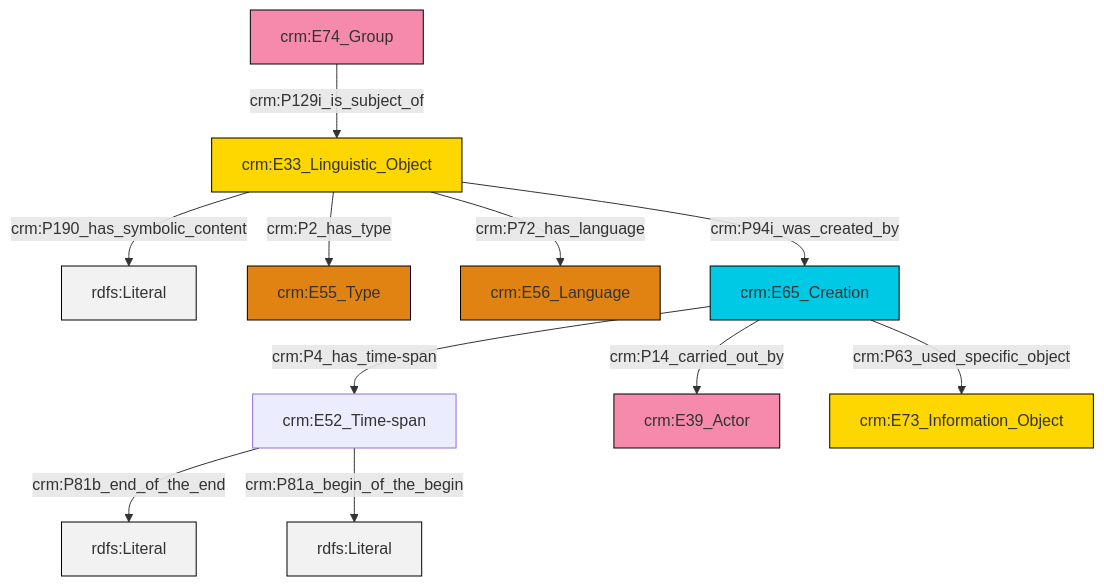
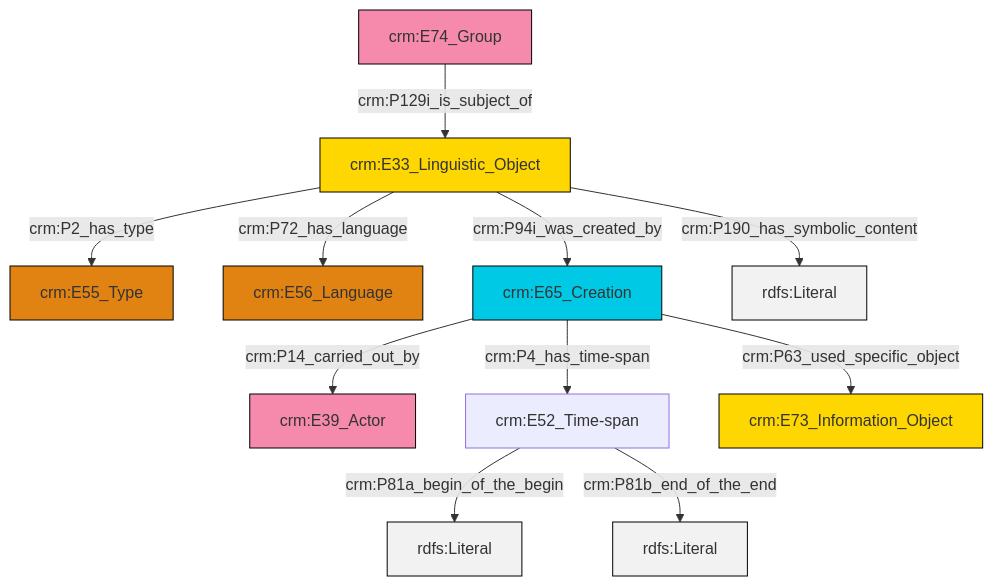
Before and after one commit to swiss-art-research-net/docs.swissartresearch: the diagram in et/groupCSV/ttl/mmd/group_description.ttl.mmd, drawn with Mermaid. The commit also changed 204 other files, not shown here.

```diff
--- a/et/groupCSV/ttl/mmd/group_description.ttl.mmd
+++ b/et/groupCSV/ttl/mmd/group_description.ttl.mmd
@@ -1,25 +1,25 @@
 graph TD
 classDef Literal fill:#f2f2f2,stroke:#000000;
 classDef CRM_Entity fill:#FFFFFF,stroke:#000000;
 classDef Temporal_Entity fill:#00C9E6, stroke:#000000;
 classDef Type fill:#E18312, stroke:#000000;
 classDef Time-Span fill:#2C9C91, stroke:#000000;
 classDef Appellation fill:#FFEB7F, stroke:#000000;
 classDef Place fill:#008836, stroke:#000000;
 classDef Persistent_Item fill:#B266B2, stroke:#000000;
 classDef Conceptual_Object fill:#FFD700, stroke:#000000;
 classDef Physical_Thing fill:#D2B48C, stroke:#000000;
 classDef Actor fill:#f58aad, stroke:#000000;
 classDef PC_Classes fill:#4ce600, stroke:#000000;
 classDef Multi fill:#cccccc,stroke:#000000;
 
-0["crm:E33_Linguistic_Object"]:::Conceptual_Object -->|crm:P190_has_symbolic_content| 1[rdfs:Literal]:::Literal
-2["crm:E52_Time-span"]:::Default -->|crm:P81b_end_of_the_end| 3[rdfs:Literal]:::Literal
-7["crm:E74_Group"]:::Actor -->|crm:P129i_is_subject_of| 0["crm:E33_Linguistic_Object"]:::Conceptual_Object
-14["crm:E65_Creation"]:::Temporal_Entity -->|crm:P4_has_time-span| 2["crm:E52_Time-span"]:::Default
-0["crm:E33_Linguistic_Object"]:::Conceptual_Object -->|crm:P94i_was_created_by| 14["crm:E65_Creation"]:::Temporal_Entity
-14["crm:E65_Creation"]:::Temporal_Entity -->|crm:P63_used_specific_object| 10["crm:E73_Information_Object"]:::Conceptual_Object
-2["crm:E52_Time-span"]:::Default -->|crm:P81a_begin_of_the_begin| 16[rdfs:Literal]:::Literal
-14["crm:E65_Creation"]:::Temporal_Entity -->|crm:P14_carried_out_by| 8["crm:E39_Actor"]:::Actor
-0["crm:E33_Linguistic_Object"]:::Conceptual_Object -->|crm:P2_has_type| 4["crm:E55_Type"]:::Type
-0["crm:E33_Linguistic_Object"]:::Conceptual_Object -->|crm:P72_has_language| 12["crm:E56_Language"]:::Type
+0["crm:E33_Linguistic_Object"]:::Conceptual_Object -->|crm:P2_has_type| 1["crm:E55_Type"]:::Type
+0["crm:E33_Linguistic_Object"]:::Conceptual_Object -->|crm:P72_has_language| 4["crm:E56_Language"]:::Type
+6["crm:E65_Creation"]:::Temporal_Entity -->|crm:P14_carried_out_by| 8["crm:E39_Actor"]:::Actor
+6["crm:E65_Creation"]:::Temporal_Entity -->|crm:P4_has_time-span| 9["crm:E52_Time-span"]:::Default
+6["crm:E65_Creation"]:::Temporal_Entity -->|crm:P63_used_specific_object| 10["crm:E73_Information_Object"]:::Conceptual_Object
+11["crm:E74_Group"]:::Actor -->|crm:P129i_is_subject_of| 0["crm:E33_Linguistic_Object"]:::Conceptual_Object
+9["crm:E52_Time-span"]:::Default -->|crm:P81a_begin_of_the_begin| 16[rdfs:Literal]:::Literal
+0["crm:E33_Linguistic_Object"]:::Conceptual_Object -->|crm:P94i_was_created_by| 6["crm:E65_Creation"]:::Temporal_Entity
+9["crm:E52_Time-span"]:::Default -->|crm:P81b_end_of_the_end| 17[rdfs:Literal]:::Literal
+0["crm:E33_Linguistic_Object"]:::Conceptual_Object -->|crm:P190_has_symbolic_content| 18[rdfs:Literal]:::Literal
```
